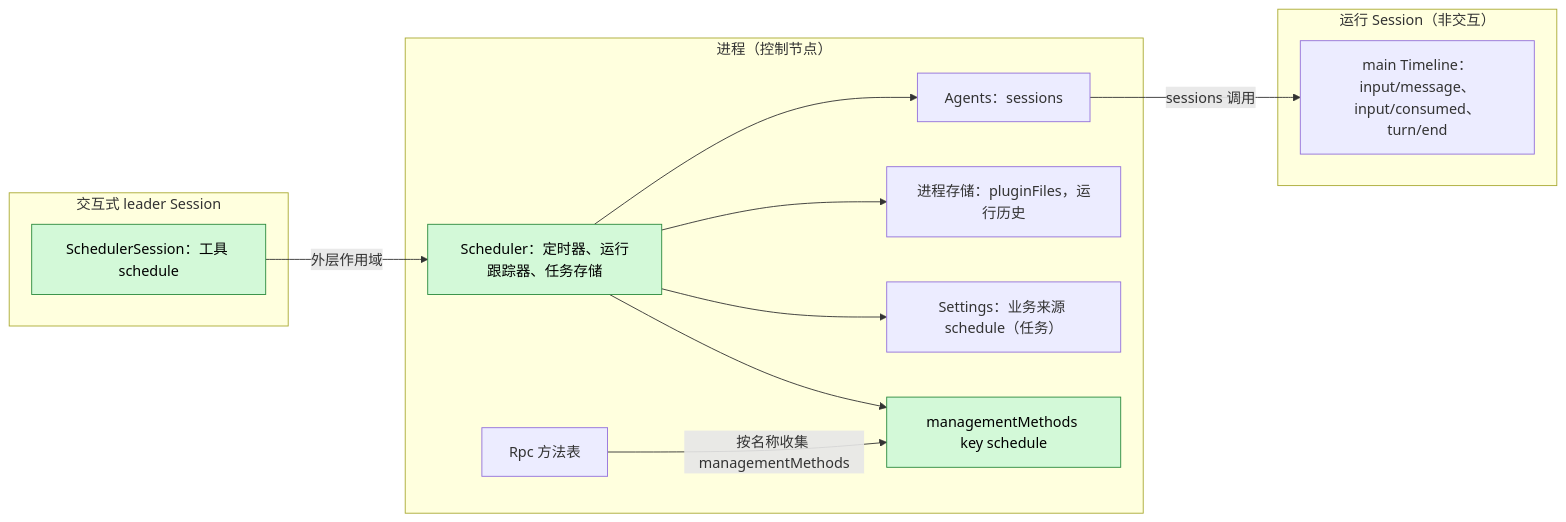
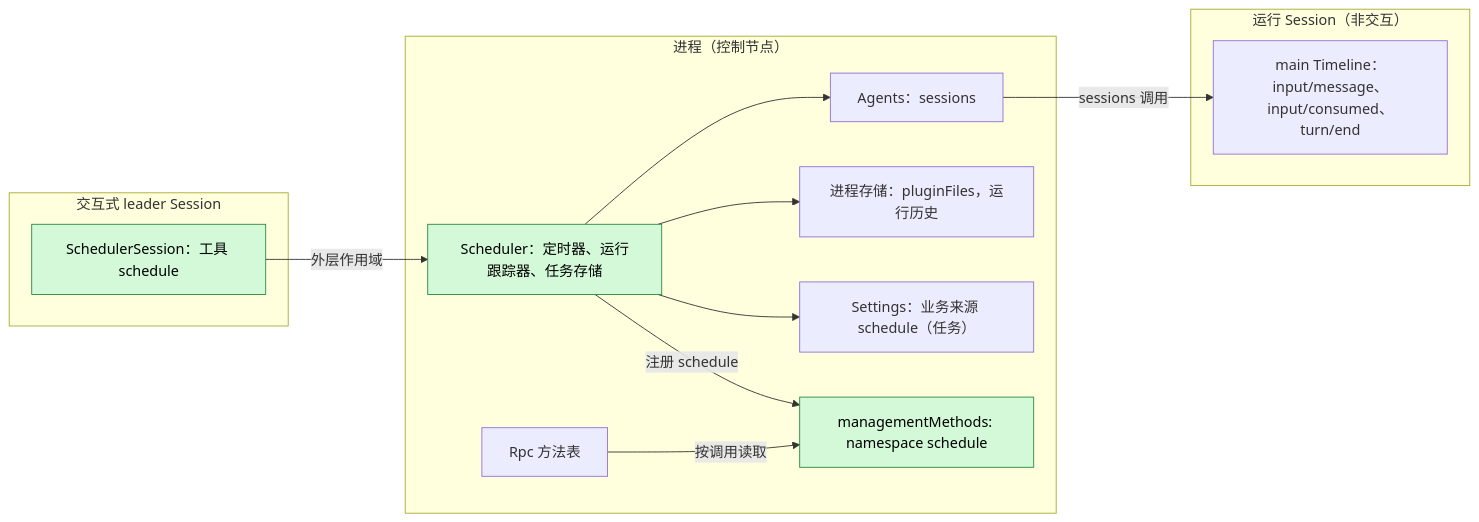
Before and after one commit to CoutinhoTTS/dim-agent: the first of 6 diagrams in docs/zh/design/plugins/Scheduler.md, drawn with Mermaid. The commit also changed other lines of this file and 163 other files, not shown here.

````diff
--- a/docs/zh/design/plugins/Scheduler.md
+++ b/docs/zh/design/plugins/Scheduler.md
@@ -15,26 +15,26 @@
 ```mermaid
 flowchart LR
   subgraph PROC["进程（控制节点）"]
     Sched["Scheduler：定时器、运行跟踪器、任务存储"]
-    MM["managementMethods key schedule"]
+    MM["managementMethods: namespace schedule"]
     Agents["Agents：sessions"]
     Rpc["Rpc 方法表"]
     Store["进程存储：pluginFiles，运行历史"]
     Set["Settings：业务来源 schedule（任务）"]
   end
   subgraph SESS["交互式 leader Session"]
     Tool["SchedulerSession：工具 schedule"]
   end
   subgraph RUN["运行 Session（非交互）"]
     TL["main Timeline：input/message、input/consumed、turn/end"]
   end
   Tool -->|"外层作用域"| Sched
   Sched --> Agents
   Sched --> Store
   Sched --> Set
-  Sched --> MM
-  Rpc -->|"按名称收集 managementMethods"| MM
+  Sched -->|"注册 schedule"| MM
+  Rpc -->|"按调用读取"| MM
   Agents -->|"sessions 调用"| TL
   classDef new fill:#d3f9d8,stroke:#2b8a3e,color:#000
   class Sched,MM,Tool new
 ```
````
